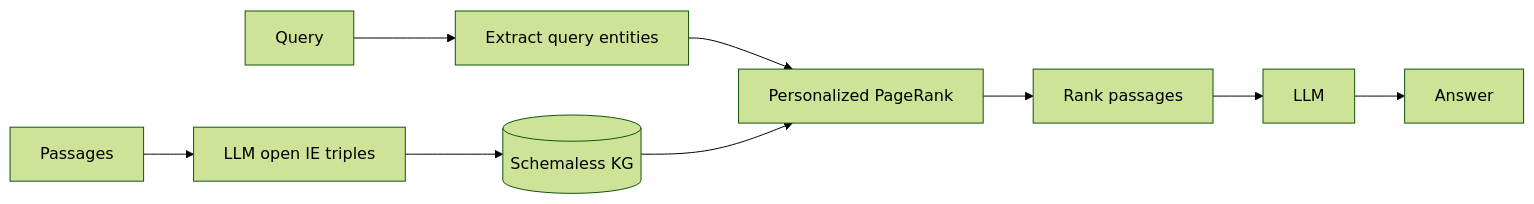
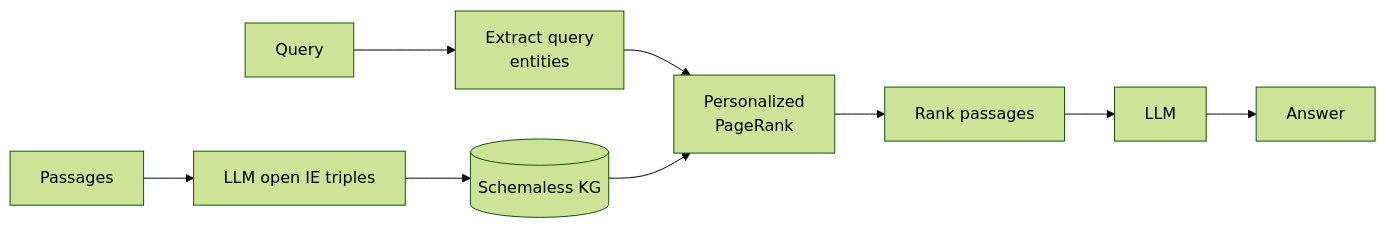
Before and after one commit to ajay-nikumbh/RAG-From-Basics-to-Production: the diagram in 15. HippoRAG/README.md, drawn with Mermaid (forest theme). The commit also changed other lines of this file and 38 other files, not shown here.

First line of the commit message:
Group root README by pattern, widen tables, wrap diagram labels

````diff
--- a/15. HippoRAG/README.md
+++ b/15. HippoRAG/README.md
@@ -24,6 +24,6 @@
 ```mermaid
 flowchart LR
     D[Passages] --> OIE[LLM open IE triples] --> KG[(Schemaless KG)]
-    Q[Query] --> NE[Extract query entities] --> PPR[Personalized PageRank]
+    Q[Query] --> NE[Extract query<br/>entities] --> PPR[Personalized<br/>PageRank]
     KG --> PPR --> RP[Rank passages] --> L[LLM] --> A[Answer]
 ```
````
